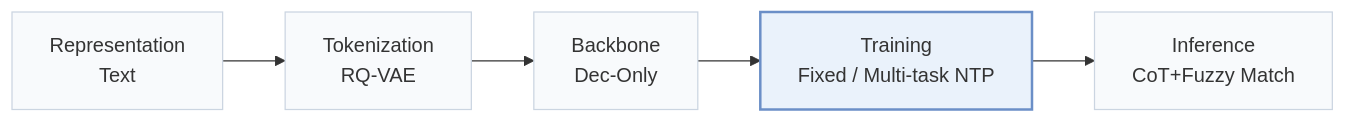
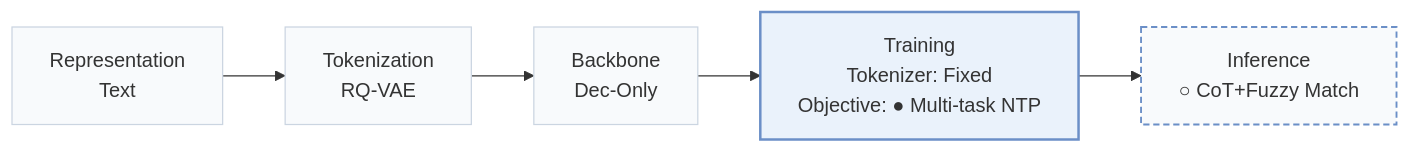
Before and after one commit to Galaxy-ghost/Awesome-SID-Generative-Rec: the first of 2 diagrams in pages/papers/intent-driven-news.md, drawn with Mermaid. The commit also changed other lines of this file and 558 other files, not shown here.

````diff
--- a/pages/papers/intent-driven-news.md
+++ b/pages/papers/intent-driven-news.md
@@ -15,8 +19,10 @@
 ```mermaid
 flowchart LR
-    R["Representation<br/>Text"] --> T["Tokenization<br/>RQ-VAE"] --> B["Backbone<br/>Dec-Only"] --> TR["Training<br/>Fixed / Multi-task NTP"] --> I["Inference<br/>CoT+Fuzzy Match"]
+    R["Representation<br/>Text"] --> T["Tokenization<br/>RQ-VAE"] --> B["Backbone<br/>Dec-Only"] --> TR["Training<br/>Tokenizer: Fixed<br/>Objective: ● Multi-task NTP"] --> I["Inference<br/>○ CoT+Fuzzy Match"]
     classDef base fill:#f8fafc,stroke:#cbd5e1
     class R,T,B,TR,I base
+    classDef other fill:#f8fafc,stroke:#6b8fc7,stroke-width:1.5px,stroke-dasharray:5 3
+    class I other
     classDef main fill:#eaf2fb,stroke:#6b8fc7,stroke-width:2px
     class TR main
 ```
````
